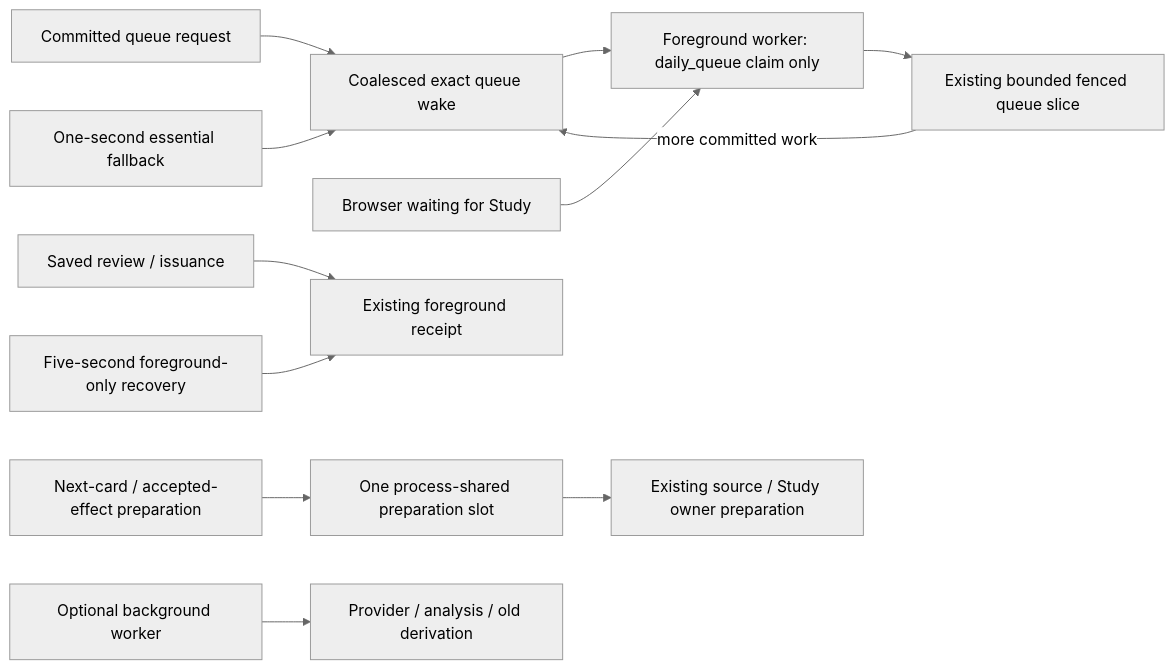
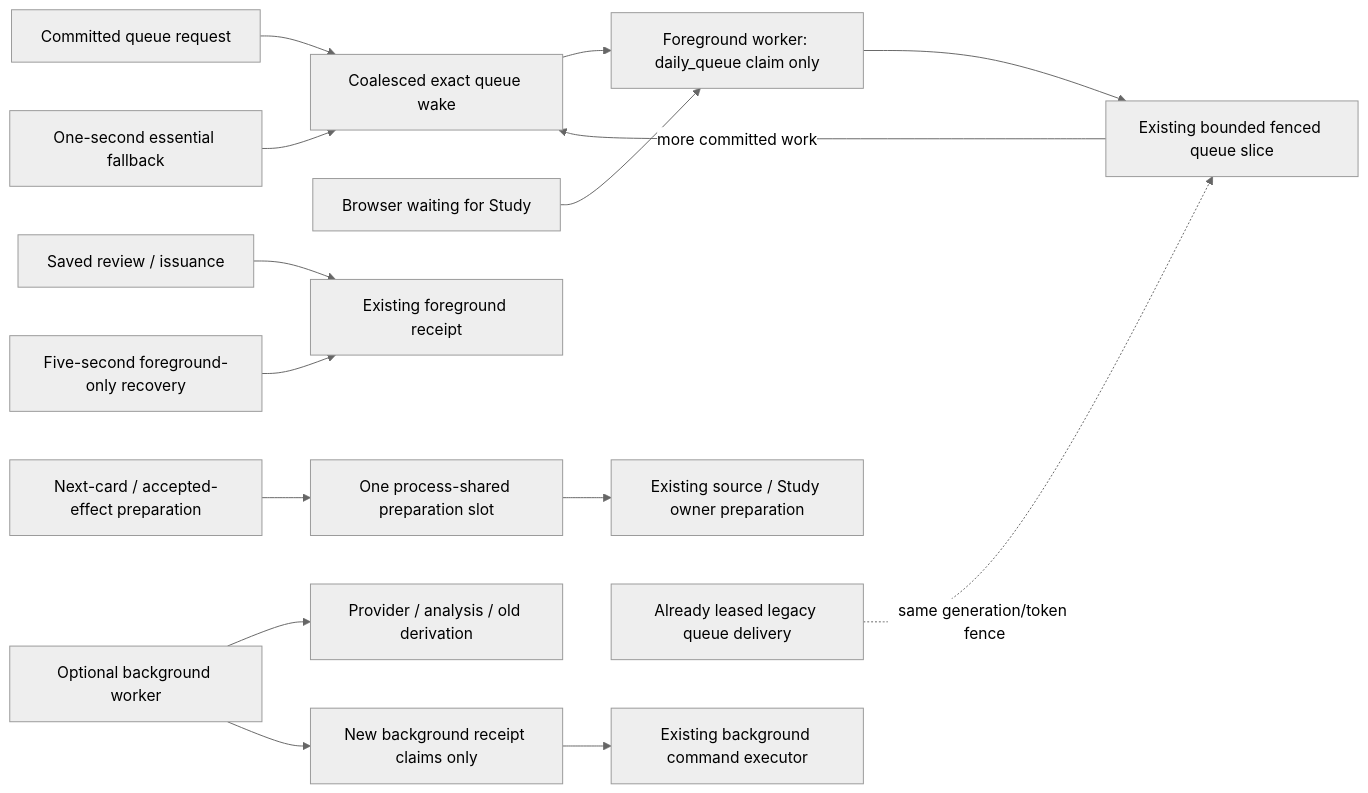
Before and after one commit to aaweaver-actuary/tempo: the fourth of 5 diagrams in backend/app/services/README.md, drawn with Mermaid (neutral theme). The commit also changed other lines of this file and 8 other files, not shown here.

Commit message:
Keep new essential claims out of optional background workers

````diff
--- a/backend/app/services/README.md
+++ b/backend/app/services/README.md
@@ -220,14 +222,17 @@
 ```mermaid
 flowchart LR
   request[Committed queue request] --> wake[Coalesced exact queue wake]
   periodic[One-second essential fallback] --> wake
   wake --> essential[Foreground worker: daily_queue claim only]
   browser[Browser waiting for Study] --> essential
   essential --> slice[Existing bounded fenced queue slice]
   slice -->|more committed work| wake
   save[Saved review / issuance] --> foreground[Existing foreground receipt]
   recovery[Five-second foreground-only recovery] --> foreground
   prepare[Next-card / accepted-effect preparation] --> slot[One process-shared preparation slot]
   slot --> owner[Existing source / Study owner preparation]
   optional[Optional background worker] --> producers[Provider / analysis / old derivation]
+  optional --> background_recovery[New background receipt claims only]
+  background_recovery --> background_receipts[Existing background command executor]
+  legacy[Already leased legacy queue delivery] -. same generation/token fence .-> slice
 ```
````
